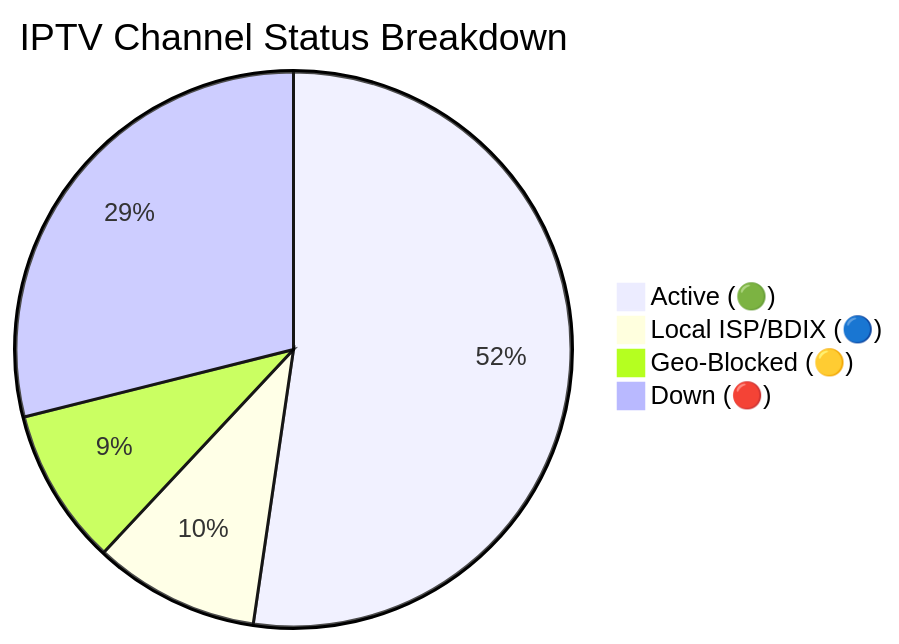
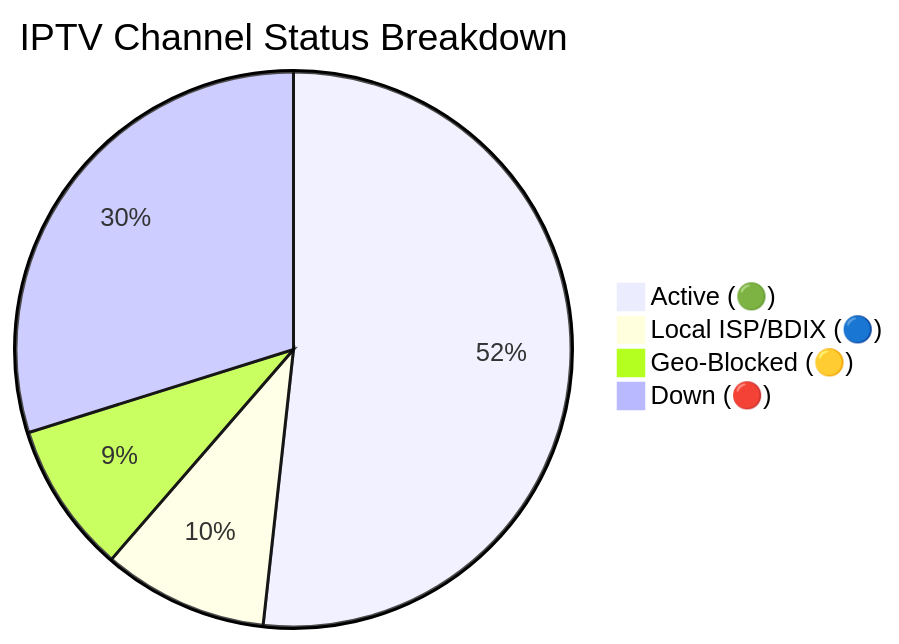
The diagram in README.md (f6388600-ai/Web), drawn with Mermaid before and after one commit. The commit also changed other lines of this file and 6 other files, not shown here.

````diff
--- a/README.md
+++ b/README.md
@@ -149,7 +149,7 @@
 ```mermaid
 pie title IPTV Channel Status Breakdown
-    "Active (🟢)" : 9017
-    "Local ISP/BDIX (🔵)" : 1663
-    "Geo-Blocked (🟡)" : 1573
-    "Down (🔴)" : 4982
+    "Active (🟢)" : 8925
+    "Local ISP/BDIX (🔵)" : 1660
+    "Geo-Blocked (🟡)" : 1516
+    "Down (🔴)" : 5146
 ```
````
